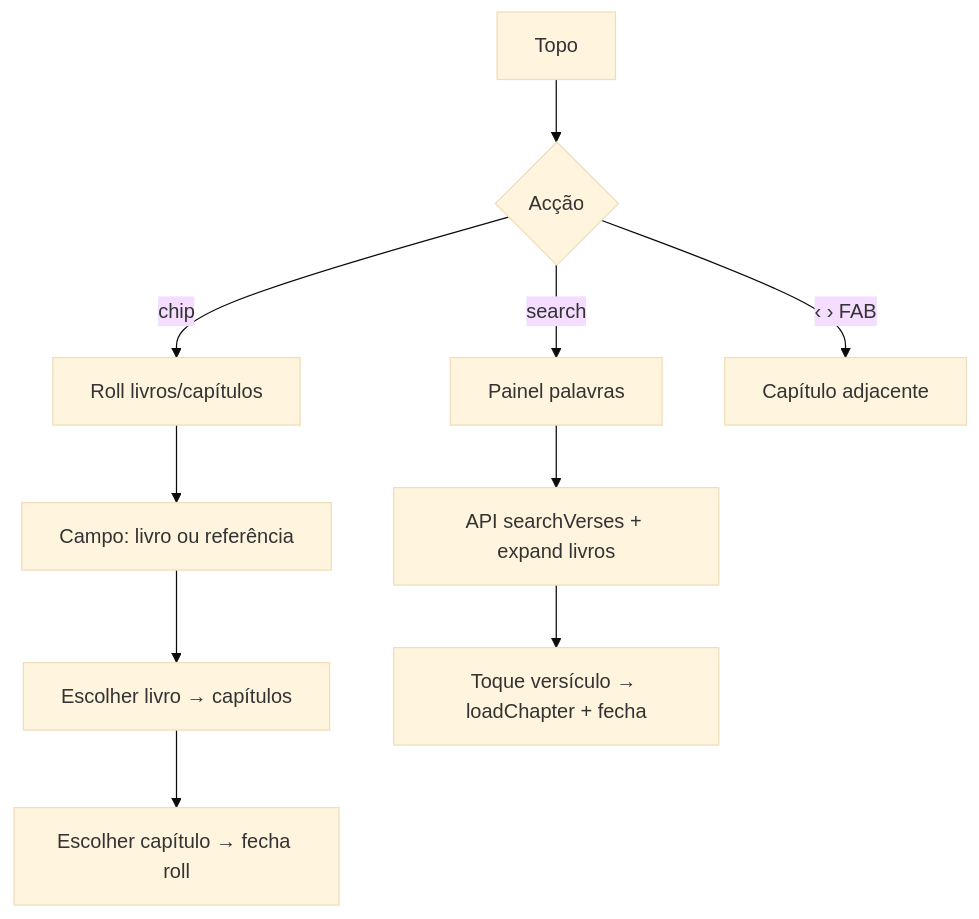
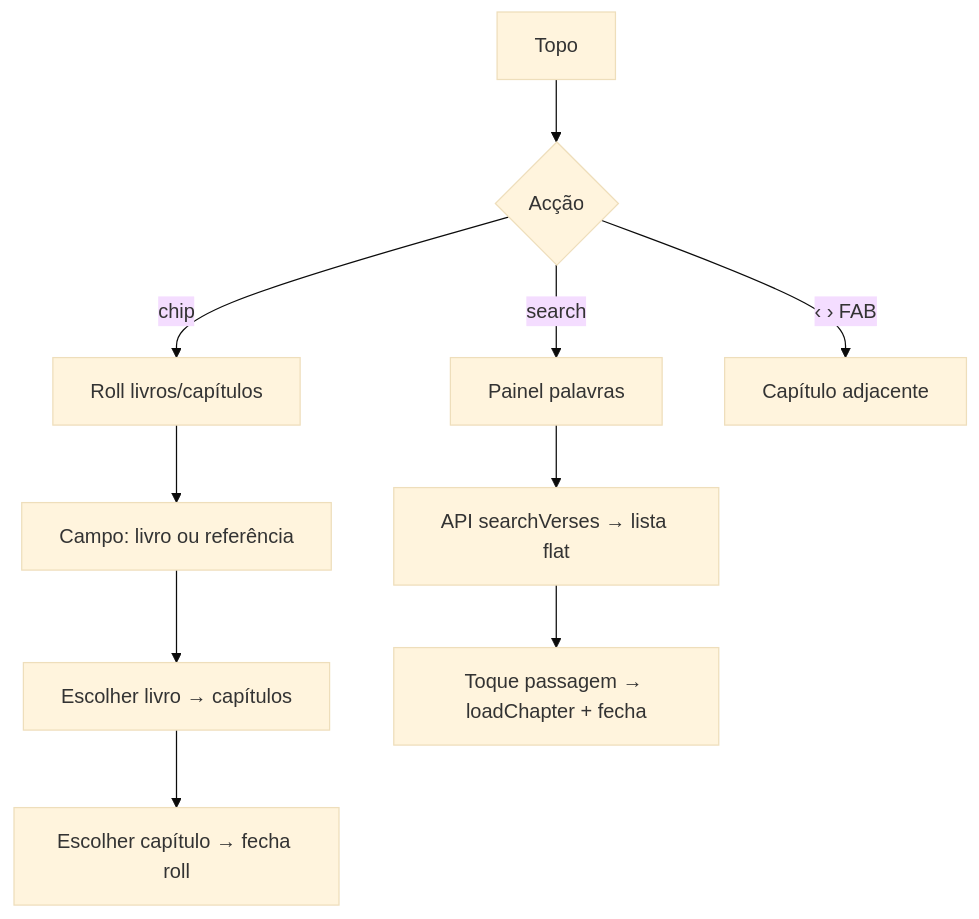
Before and after one commit to clevencode/Biblos: the second of 2 diagrams in docs/components/passage-bar.md, drawn with Mermaid (base theme). The commit also changed other lines of this file and 4 other files, not shown here.

````diff
--- a/docs/components/passage-bar.md
+++ b/docs/components/passage-bar.md
@@ -170,12 +191,12 @@
 ```mermaid
 flowchart TD
   A[Topo] --> B{Acção}
   B -->|chip| C[Roll livros/capítulos]
   C --> D[Campo: livro ou referência]
   D --> E[Escolher livro → capítulos]
   E --> F[Escolher capítulo → fecha roll]
   B -->|search| G[Painel palavras]
-  G --> H[API searchVerses + expand livros]
-  H --> I[Toque versículo → loadChapter + fecha]
+  G --> H[API searchVerses → lista flat]
+  H --> I[Toque passagem → loadChapter + fecha]
   B -->|‹ › FAB| J[Capítulo adjacente]
 ```
````
